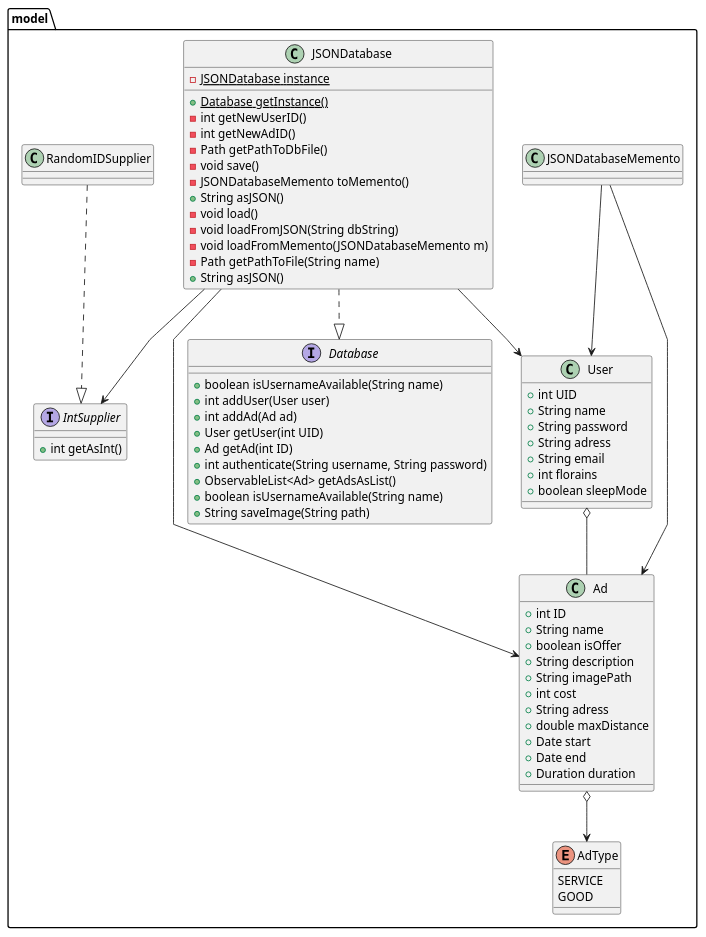
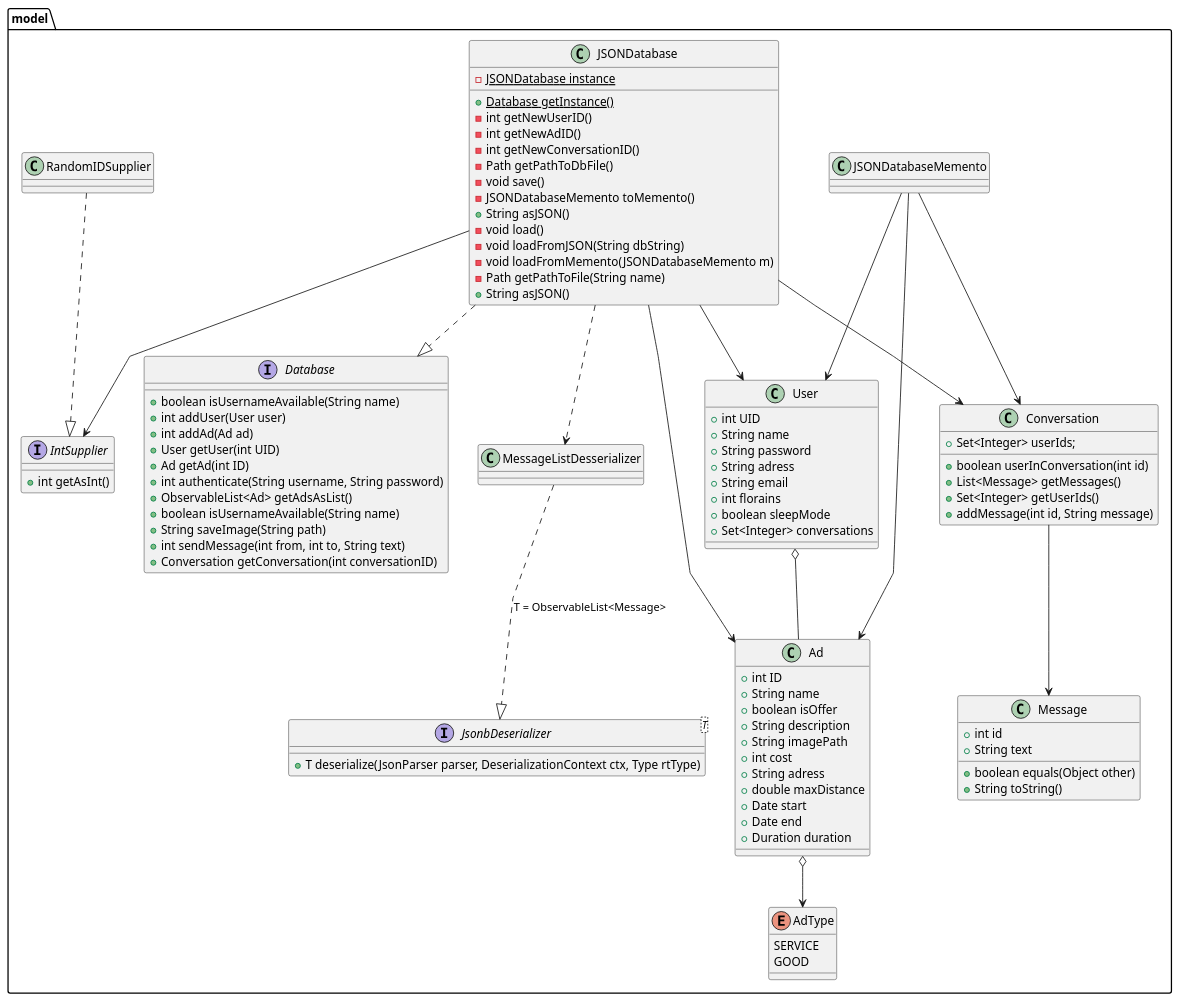
Before and after one commit to Nic0Fernandez/Direct_Dealing: the diagram in diagrams/class.puml, drawn with PlantUML. The commit also changed 7 other files, not shown here.

```diff
--- a/diagrams/class.puml
+++ b/diagrams/class.puml
@@ -1,81 +1,109 @@
 @startuml "class"
 
 skinparam linetype polyline
 package model {
   class User {
     + int UID
     + String name
     + String password
     + String adress
     + String email
     + int florains
     + boolean sleepMode
+    + Set<Integer> conversations
   }
 
   User o-- Ad
 
   Enum AdType {
     SERVICE
     GOOD
   }
 
   class Ad {
     + int ID
     + String name
     + boolean isOffer
     + String description
     + String imagePath
     + int cost
     + String adress
     + double maxDistance
     + Date start
     + Date end
     + Duration duration
   }
   Ad o--> AdType
 
   interface Database {
     + boolean isUsernameAvailable(String name)
     + int addUser(User user)
     + int addAd(Ad ad)
     + User getUser(int UID)
     + Ad getAd(int ID)
     + int authenticate(String username, String password)
     + ObservableList<Ad> getAdsAsList()
     + boolean isUsernameAvailable(String name)
     + String saveImage(String path)
+    + int sendMessage(int from, int to, String text)
+    + Conversation getConversation(int conversationID)
   }
   class JSONDatabase {
     - {static} JSONDatabase instance
     + {static} Database getInstance()
     - int getNewUserID()
     - int getNewAdID()
+    - int getNewConversationID()
     - Path getPathToDbFile()
     - void save()
     - JSONDatabaseMemento toMemento()
     + String asJSON()
     - void load()
     - void loadFromJSON(String dbString)
     - void loadFromMemento(JSONDatabaseMemento m)
     - Path getPathToFile(String name)
     + String asJSON()
   }
 
+  class Message {
+    + int id
+    + String text
+    + boolean equals(Object other)
+    + String toString()
+  }
+
+  class Conversation {
+    + Set<Integer> userIds;
+    + boolean userInConversation(int id)
+    + List<Message> getMessages()
+    + Set<Integer> getUserIds()
+    + addMessage(int id, String message)
+  }
+  Conversation --> Message
 
   JSONDatabase --> IntSupplier
   JSONDatabase ..|> Database
   JSONDatabase --> User
   JSONDatabase --> Ad
+  JSONDatabase --> Conversation
   interface IntSupplier {
     + int getAsInt()
   }
 
   JSONDatabaseMemento --> User
   JSONDatabaseMemento --> Ad
+  JSONDatabaseMemento --> Conversation
 
   RandomIDSupplier ..|> IntSupplier
 
+  JSONDatabase ..> MessageListDesserializer
+
+  MessageListDesserializer ..|> JsonbDeserializer : "T = ObservableList<Message>"
+
+  interface "JsonbDeserializer<T>" as JsonbDeserializer {
+    + T deserialize(JsonParser parser, DeserializationContext ctx, Type rtType)
+  }
 
 }
 
 @enduml
```
